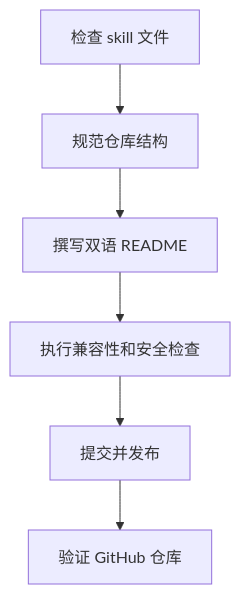
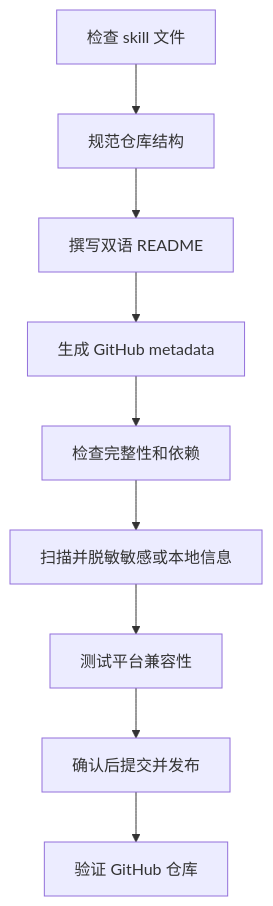
The diagram in README.zh.md (chemny/GitHub-skill-publisher), drawn with Mermaid before and after one commit. The commit also changed other lines of this file and 10 other files, not shown here.

````diff
--- a/README.zh.md
+++ b/README.zh.md
@@ -98,8 +103,11 @@
 ```mermaid
 flowchart TD
     A["检查 skill 文件"] --> B["规范仓库结构"]
     B --> C["撰写双语 README"]
-    C --> D["执行兼容性和安全检查"]
-    D --> E["提交并发布"]
-    E --> F["验证 GitHub 仓库"]
+    C --> D["生成 GitHub metadata"]
+    D --> E["检查完整性和依赖"]
+    E --> F["扫描并脱敏敏感或本地信息"]
+    F --> G["测试平台兼容性"]
+    G --> H["确认后提交并发布"]
+    H --> I["验证 GitHub 仓库"]
 ```
````
